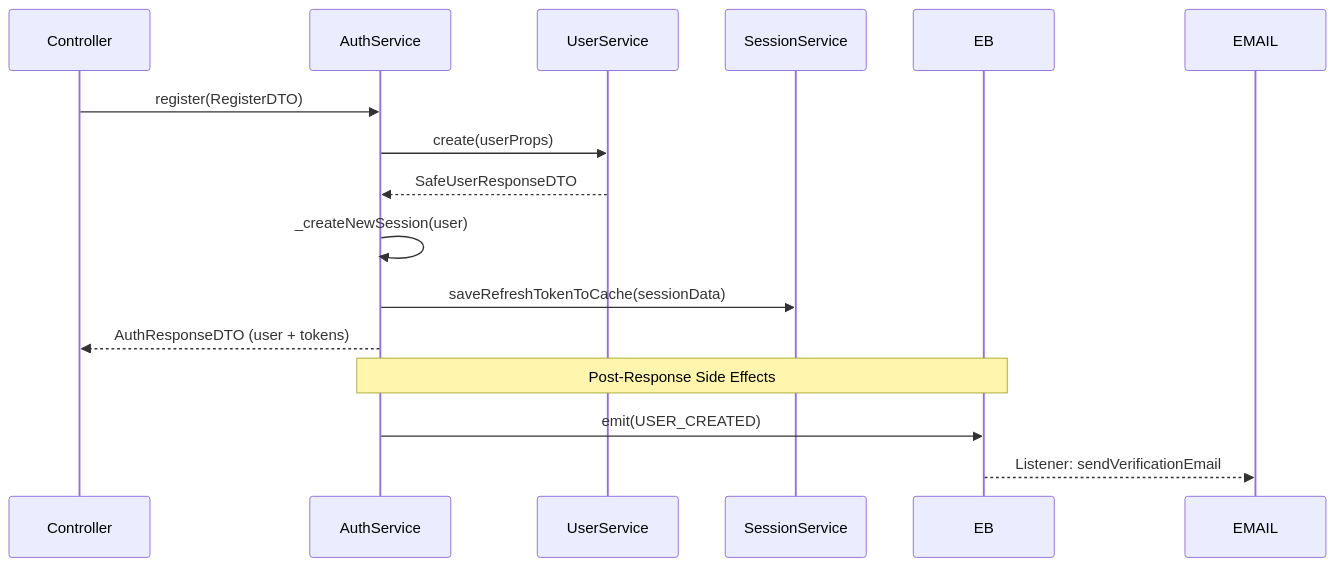
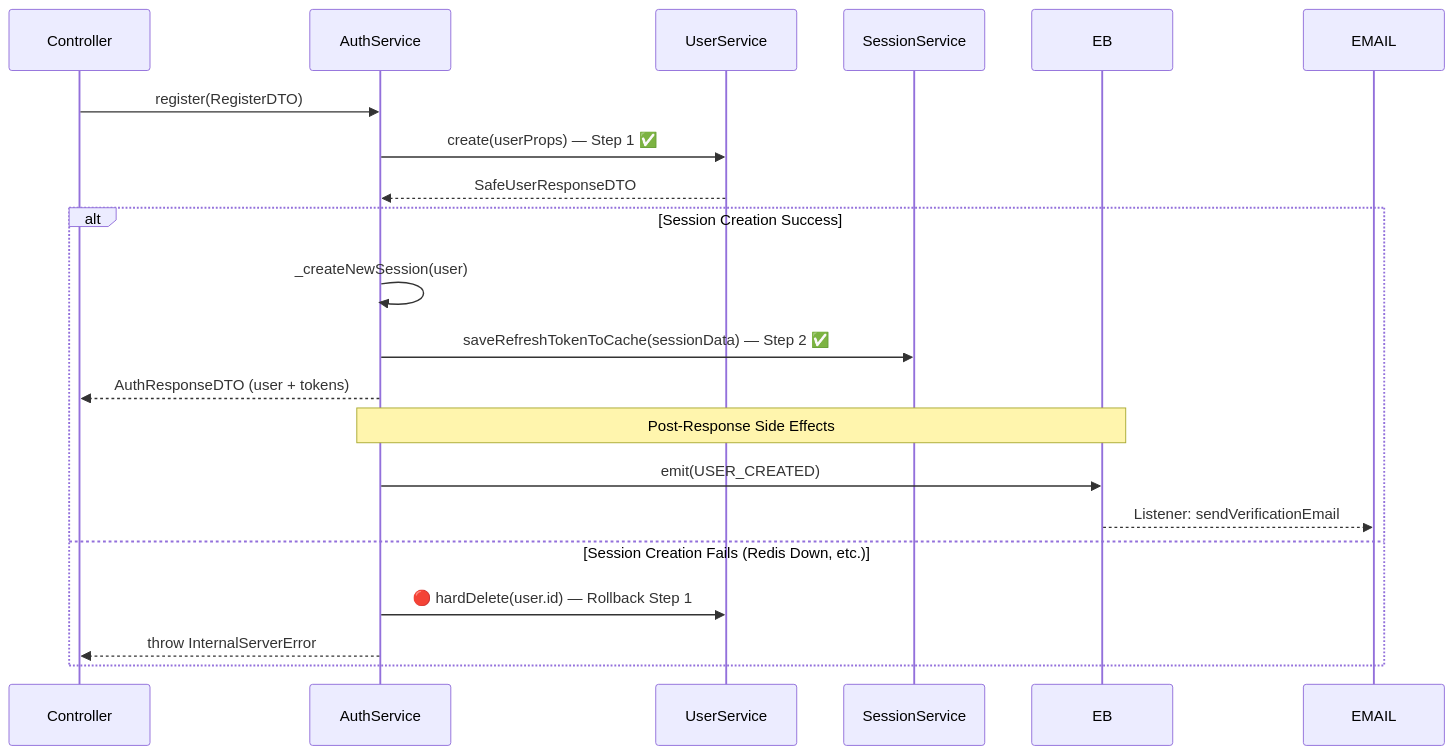
Before and after one commit to SangHynh/atomecom: the second of 9 diagrams in server/src/modules/auth/README.md, drawn with Mermaid. The commit also changed other lines of this file and 20 other files, not shown here.

First line of the commit message:
feat(server): enhance auth, user management & shared configs

````diff
--- a/server/src/modules/auth/README.md
+++ b/server/src/modules/auth/README.md
@@ -120,18 +120,23 @@
 ```mermaid
 sequenceDiagram
     participant C as Controller
     participant AS as AuthService
     participant US as UserService
     participant SS as SessionService
 
     C->>AS: register(RegisterDTO)
-    AS->>US: create(userProps)
+    AS->>US: create(userProps) — Step 1 ✅
     US-->>AS: SafeUserResponseDTO
-    AS->>AS: _createNewSession(user)
-    AS->>SS: saveRefreshTokenToCache(sessionData)
-    AS-->>C: AuthResponseDTO (user + tokens)
 
-    Note over AS, EB: Post-Response Side Effects
-    AS->>EB: emit(USER_CREATED)
-    EB-->>EMAIL: Listener: sendVerificationEmail
+    alt Session Creation Success
+        AS->>AS: _createNewSession(user)
+        AS->>SS: saveRefreshTokenToCache(sessionData) — Step 2 ✅
+        AS-->>C: AuthResponseDTO (user + tokens)
+        Note over AS, EB: Post-Response Side Effects
+        AS->>EB: emit(USER_CREATED)
+        EB-->>EMAIL: Listener: sendVerificationEmail
+    else Session Creation Fails (Redis Down, etc.)
+        AS->>US: 🔴 hardDelete(user.id) — Rollback Step 1
+        AS-->>C: throw InternalServerError
+    end
 ```
````
